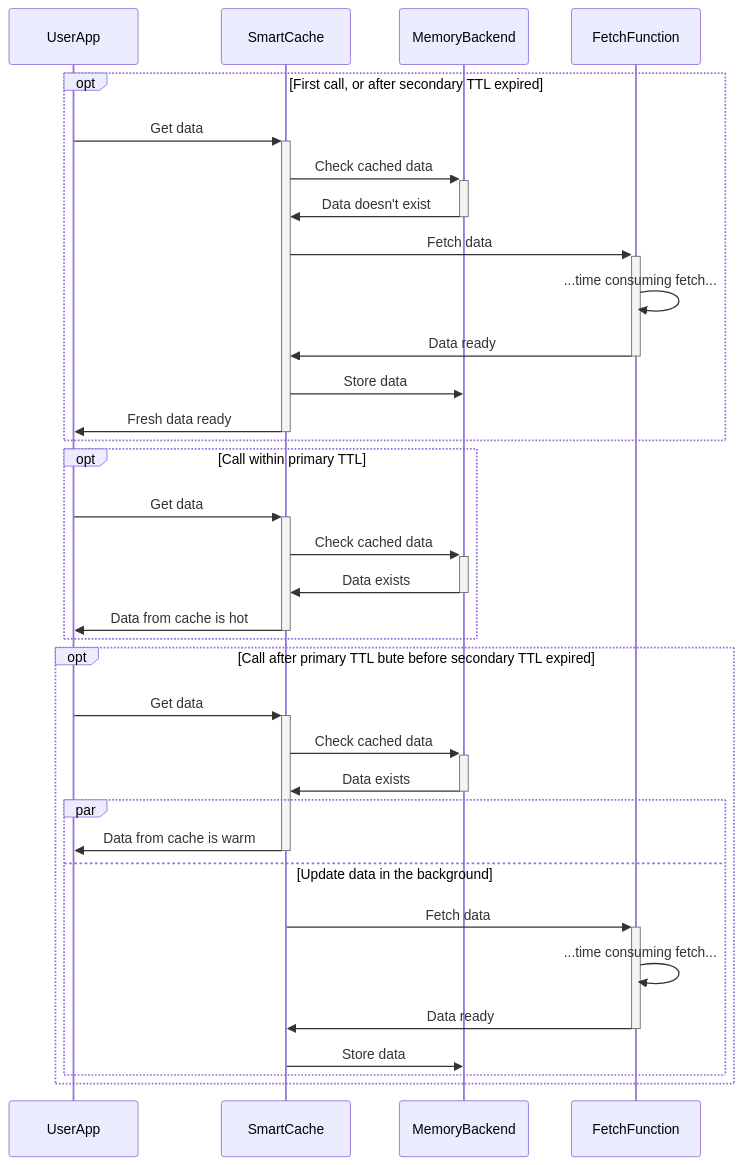
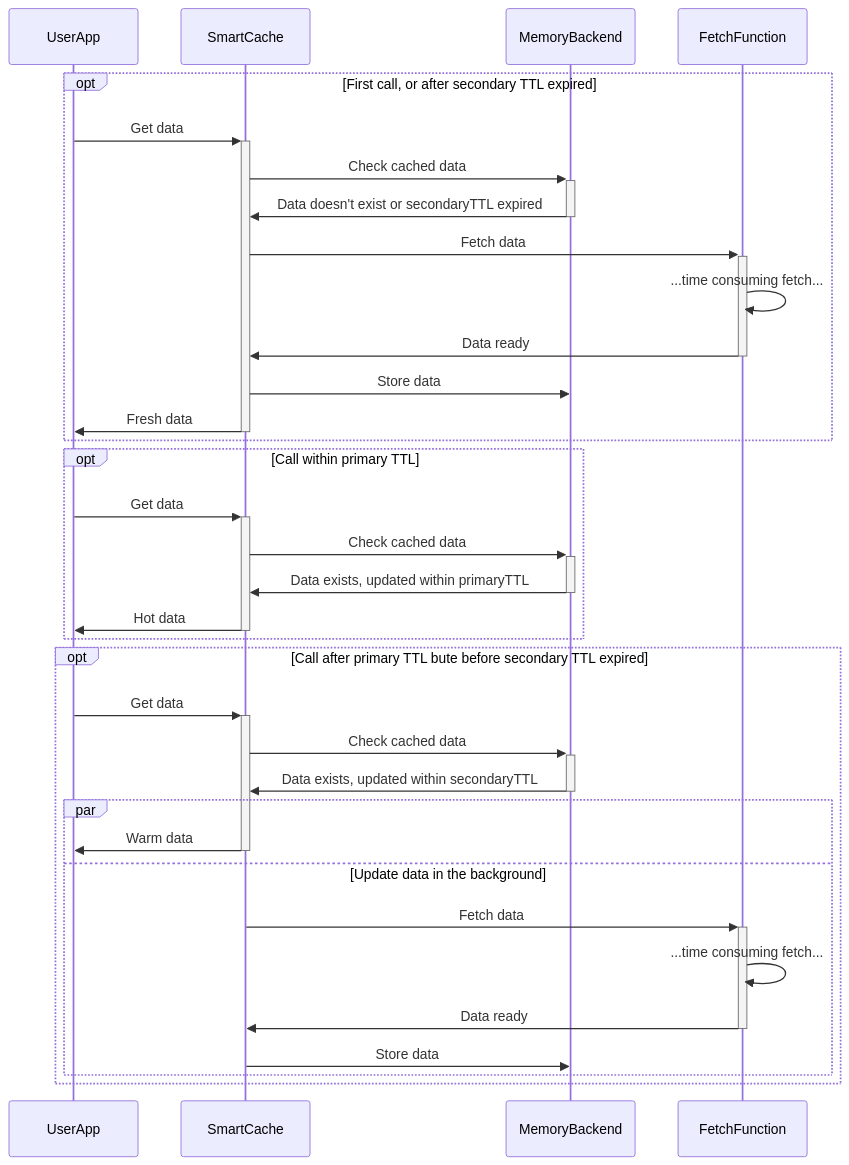
The second of 2 diagrams in README.md (m-zajac/smartcache), drawn with Mermaid before and after one commit.

````diff
--- a/README.md
+++ b/README.md
@@ -24,34 +24,34 @@
 ```mermaid
 sequenceDiagram
     opt First call, or after secondary TTL expired
         UserApp->>+SmartCache: Get data
         SmartCache->>+MemoryBackend: Check cached data
-        MemoryBackend->>-SmartCache: Data doesn't exist
+        MemoryBackend->>-SmartCache: Data doesn't exist or secondaryTTL expired
         SmartCache->>+FetchFunction: Fetch data
         FetchFunction->>FetchFunction: ...time consuming fetch...
         FetchFunction->>-SmartCache: Data ready
         SmartCache->>MemoryBackend: Store data
-        SmartCache->>-UserApp: Fresh data ready
+        SmartCache->>-UserApp: Fresh data
     end
 
     opt Call within primary TTL
         UserApp->>+SmartCache: Get data
         SmartCache->>+MemoryBackend: Check cached data
-        MemoryBackend->>-SmartCache: Data exists
-        SmartCache->>-UserApp: Data from cache is hot
+        MemoryBackend->>-SmartCache: Data exists, updated within primaryTTL 
+        SmartCache->>-UserApp: Hot data
     end
 
     opt Call after primary TTL bute before secondary TTL expired
         UserApp->>+SmartCache: Get data
         SmartCache->>+MemoryBackend: Check cached data
-        MemoryBackend->>-SmartCache: Data exists
+        MemoryBackend->>-SmartCache: Data exists, updated within secondaryTTL 
         par
-            SmartCache->>-UserApp: Data from cache is warm
+            SmartCache->>-UserApp: Warm data
         and Update data in the background
             SmartCache->>+FetchFunction: Fetch data
             FetchFunction->>FetchFunction: ...time consuming fetch...
             FetchFunction->>-SmartCache: Data ready
             SmartCache->>MemoryBackend: Store data
         end
     end
 ```
````
